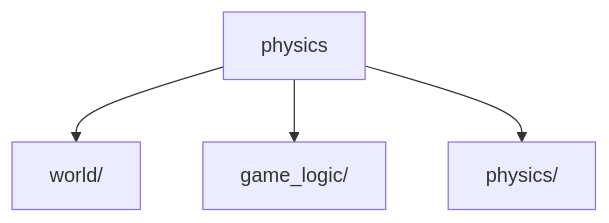
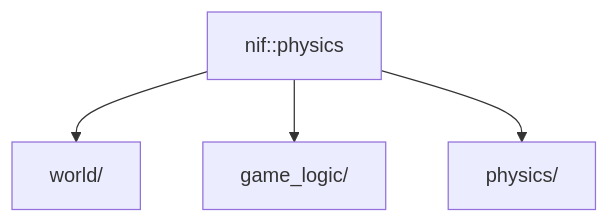
Before and after one commit to FRICK-ELDY/alchemy-engine: the diagram in docs/architecture/rust/nif/physics.md, drawn with Mermaid. The commit also changed other lines of this file and 11 other files, not shown here.

````diff
--- a/docs/architecture/rust/nif/physics.md
+++ b/docs/architecture/rust/nif/physics.md
@@ -14,10 +14,10 @@
 ```mermaid
 graph TD
-    PHYSICS[physics]
+    PHYSICS[nif::physics]
     WORLD[world/]
     GAMELOGIC[game_logic/]
     PHYS[physics/]
     PHYSICS --> WORLD
     PHYSICS --> GAMELOGIC
     PHYSICS --> PHYS
 ```
````
